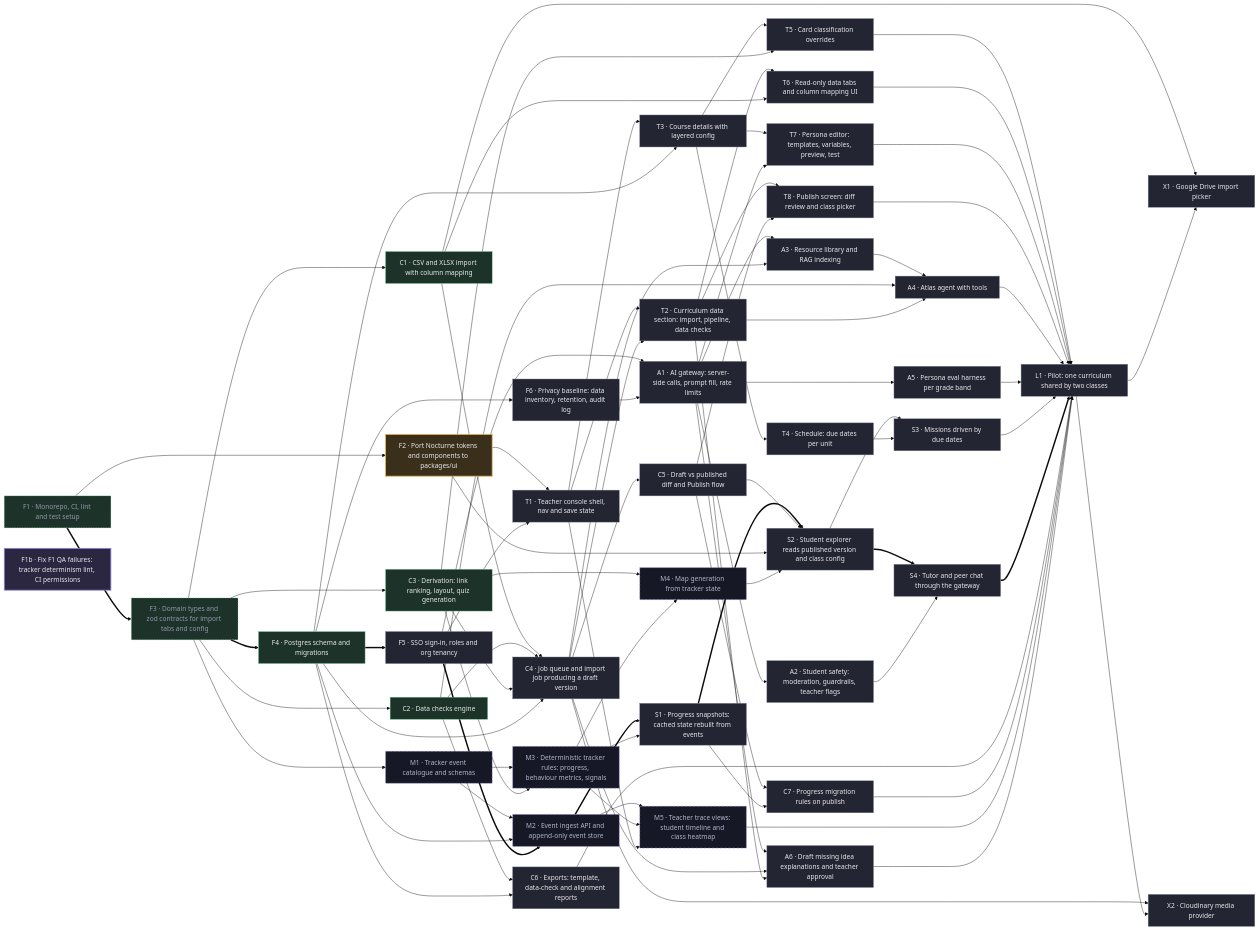
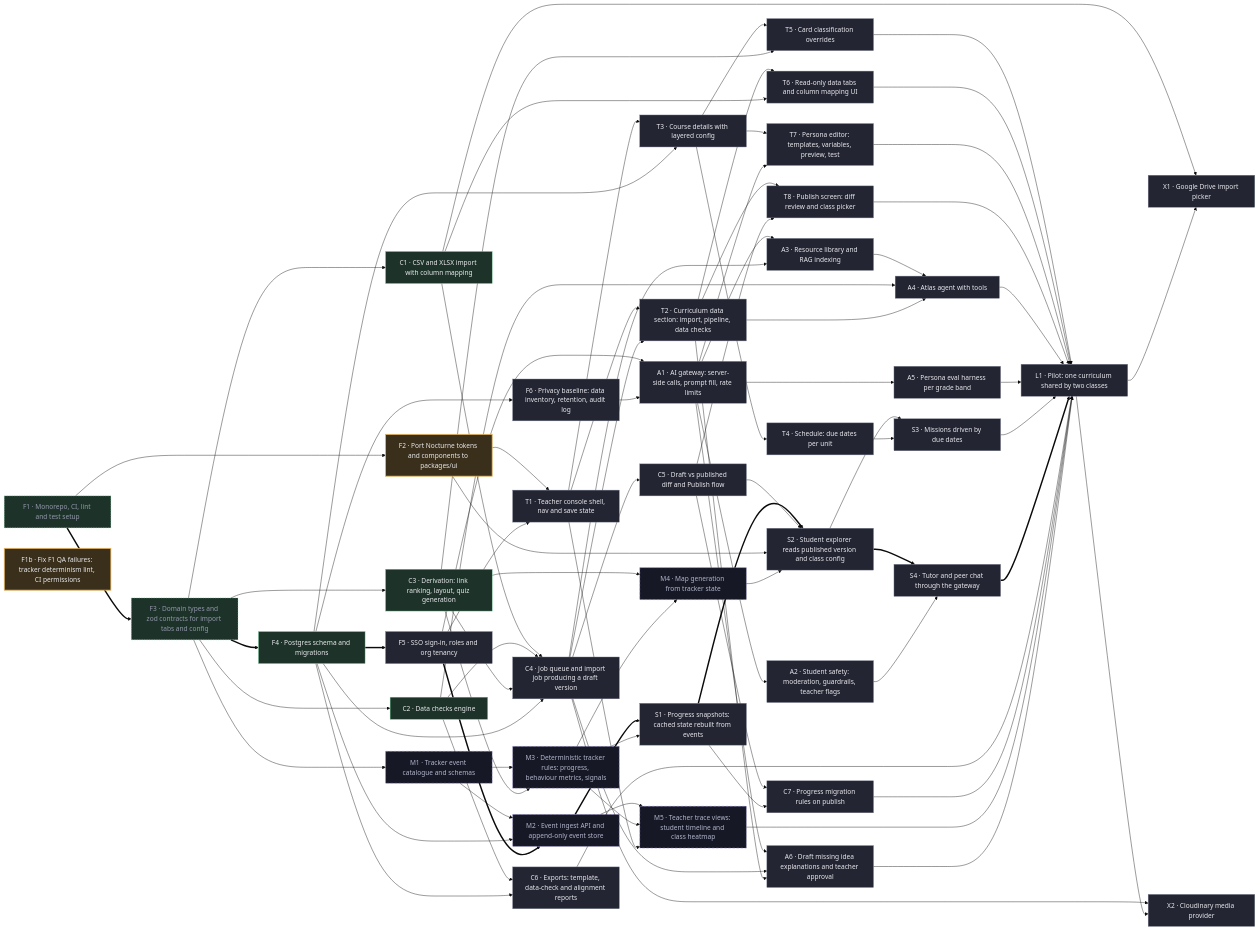
Before and after one commit to tenkevin/mind-your-tutor: the diagram in docs/PLAN.md, drawn with Mermaid (base theme). The commit also changed other lines of this file and 1 other file, not shown here.

First line of the commit message:
plan: F1b in review (PR #5)

```diff
--- a/docs/PLAN.md
+++ b/docs/PLAN.md
@@ -212,8 +212,7 @@
   classDef done fill:#1d3329,stroke:#6fcf97,color:#9397ab,stroke-dasharray:3 3
   classDef spec fill:#161826,stroke:#968ae0,color:#b2b6ca,stroke-dasharray:6 4
   class F5,F6,C4,C5,C6,C7,T1,T2,T3,T4,T5,T6,T7,T8,A1,A2,A3,A4,A5,A6,S1,S2,S3,S4,L1,X1,X2 todo
-  class F1b doing
-  class F2 review
+  class F1b,F2 review
   class F1,F3 done
   class F4,C1,C2,C3 ready
   class M1,M2,M3,M4,M5 spec
```
